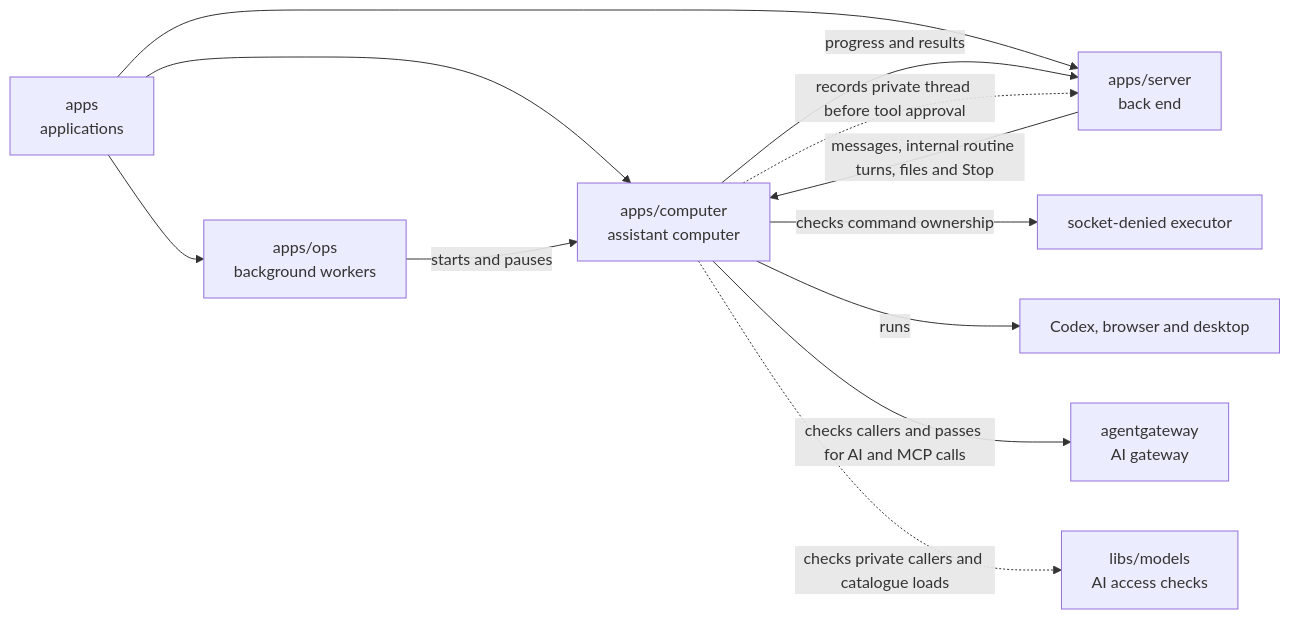
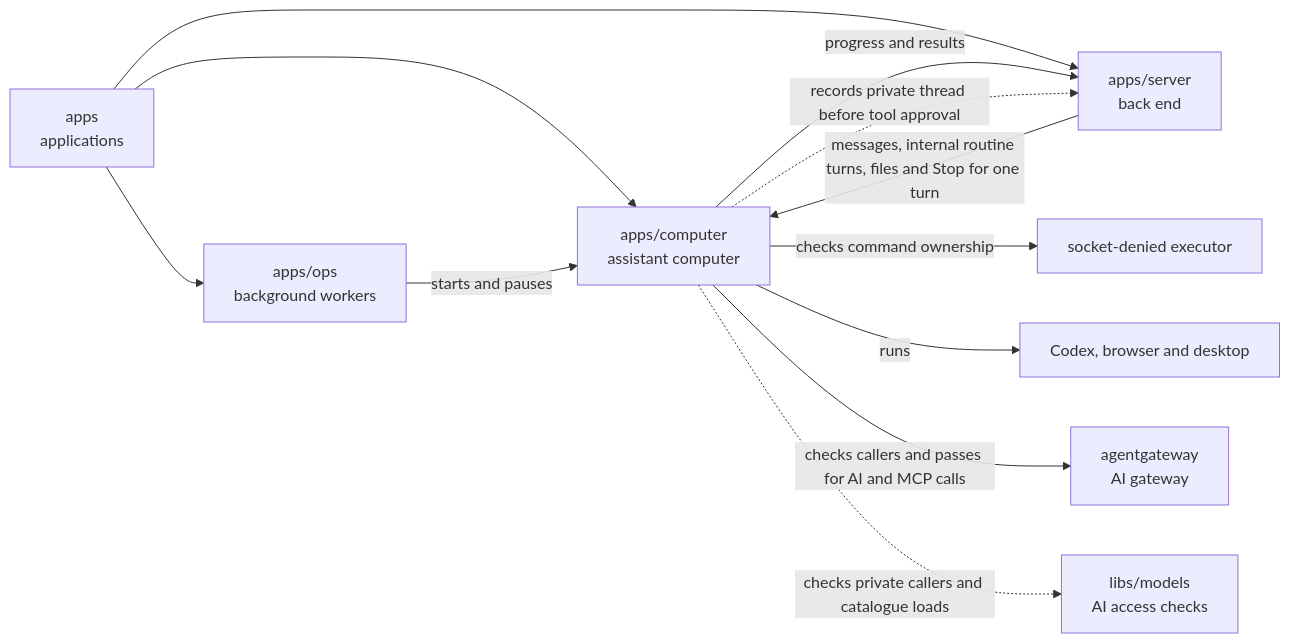
Before and after one commit to elewa-git/opencrane-new: the diagram in apps/computer/README.md, drawn with Mermaid. The commit also changed other lines of this file and 11 other files, not shown here.

````diff
--- a/apps/computer/README.md
+++ b/apps/computer/README.md
@@ -16,14 +16,14 @@
 ```mermaid
 flowchart LR
   apps["apps<br/>applications"] --> computer["apps/computer<br/>assistant computer"]
   apps --> ops["apps/ops<br/>background workers"]
   apps --> server["apps/server<br/>back end"]
   ops -->|starts and pauses| computer
-  server -->|messages, internal routine turns, files and Stop| computer
+  server -->|messages, internal routine turns, files and Stop for one turn| computer
   computer -->|progress and results| server
   computer -.->|records private thread before tool approval| server
   computer -->|checks command ownership| executor["socket-denied executor"]
   computer -->|runs| desktop["Codex, browser and desktop"]
   computer -->|checks callers and passes for AI and MCP calls| gateway["agentgateway<br/>AI gateway"]
   computer -.->|checks private callers and catalogue loads| models["libs/models<br/>AI access checks"]
 ```
````
